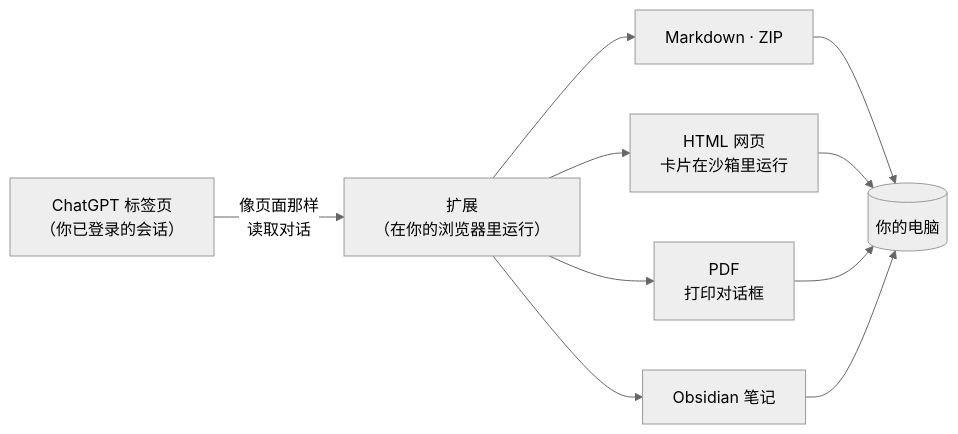
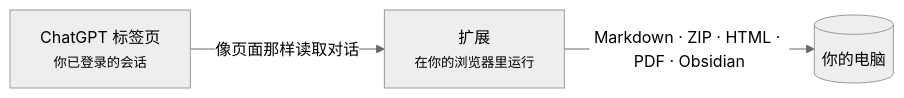
The diagram in docs/readme/README.zh-CN.md (letheli710/chat-intelligent-ui-exporter), drawn with Mermaid (neutral theme) before and after one commit. The commit also changed 15 other files, not shown here.

First line of the commit message:
0.11.41: the how-it-works diagram as one row, so GitHub shows it whole

````diff
--- a/docs/readme/README.zh-CN.md
+++ b/docs/readme/README.zh-CN.md
@@ -126,9 +126,5 @@
 ```mermaid
 flowchart LR
-    A["ChatGPT 标签页<br/>（你已登录的会话）"] -->|像页面那样<br/>读取对话| B["扩展<br/>（在你的浏览器里运行）"]
-    B --> C["Markdown · ZIP"]
-    B --> D["HTML 网页<br/>卡片在沙箱里运行"]
-    B --> E["PDF<br/>打印对话框"]
-    B --> F["Obsidian 笔记"]
-    C & D & E & F --> G[("你的电脑")]
+    A["ChatGPT 标签页<br/><small>你已登录的会话</small>"] -->|像页面那样读取对话| B["扩展<br/><small>在你的浏览器里运行</small>"]
+    B -->|"Markdown · ZIP · HTML · PDF · Obsidian"| C[("你的电脑")]
 ```
````
